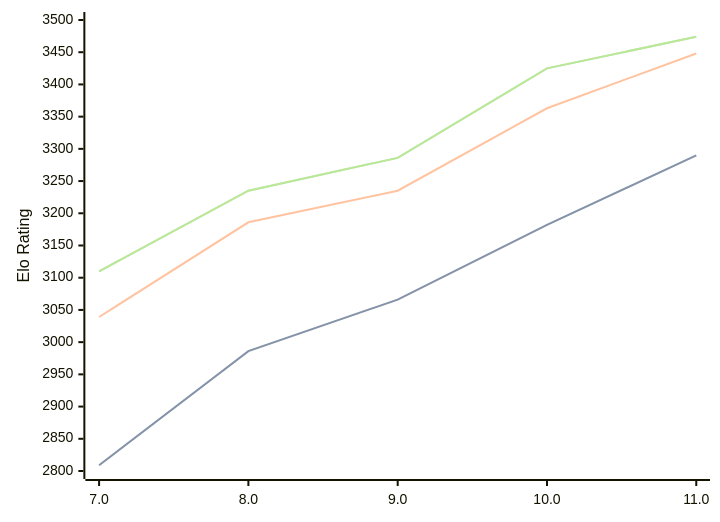
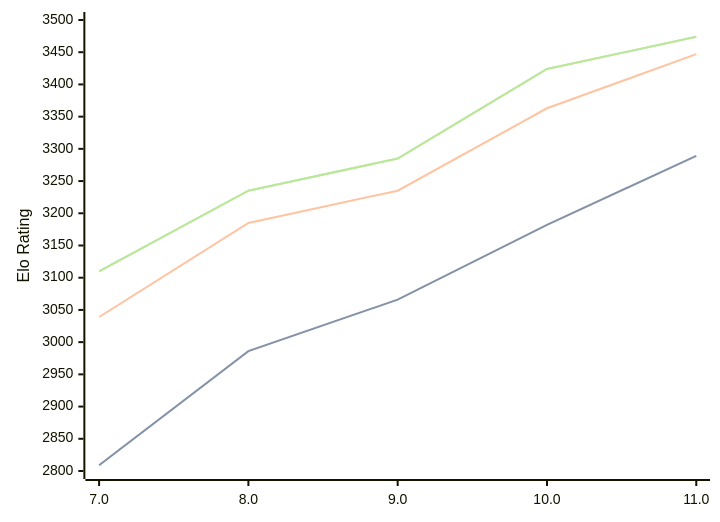
Before and after one commit to computer-chess-index/cci: the diagram in engines/Tcheran.md, drawn with Mermaid. The commit also changed other lines of this file, not shown here.

Commit message:
Update CCI Ratings (ELO VLTC) - 2026-03-09

````diff
--- a/engines/Tcheran.md
+++ b/engines/Tcheran.md
@@ -47,11 +47,11 @@
 ```mermaid
 %%{init: {"theme":"base","themeVariables":{"seriesColors:['#a3a3a3','#222221','#faa371']}}}%%
 xychart-beta
   x-axis ["7.0", "8.0", "9.0", "10.0", "11.0"]
   y-axis "Elo Rating" 2800 --> 3500
-  line "STC (8.0+0.08s)" [2809, 2986, 3066, 3182, 3290]
-  line "STC (8.0+0.08s)" [2809, 2986, 3066, 3182, 3290]
-  line "LTC (60.0+0.60s)" [3039, 3186, 3235, 3363, 3448]
-  line "VLTC (2m24s+1.12s)" [3110, 3235, 3286, 3425, 3474]
-  line "VLTC (2m24s+1.12s)" [3110, 3235, 3286, 3425, 3474]
+  line "STC (8.0+0.08s)" [2809, 2986, 3066, 3182, 3289]
+  line "STC (8.0+0.08s)" [2809, 2986, 3066, 3182, 3289]
+  line "LTC (60.0+0.60s)" [3039, 3185, 3235, 3363, 3447]
+  line "VLTC (2m24s+1.12s)" [3110, 3235, 3285, 3424, 3474]
+  line "VLTC (2m24s+1.12s)" [3110, 3235, 3285, 3424, 3474]
 ```
````
